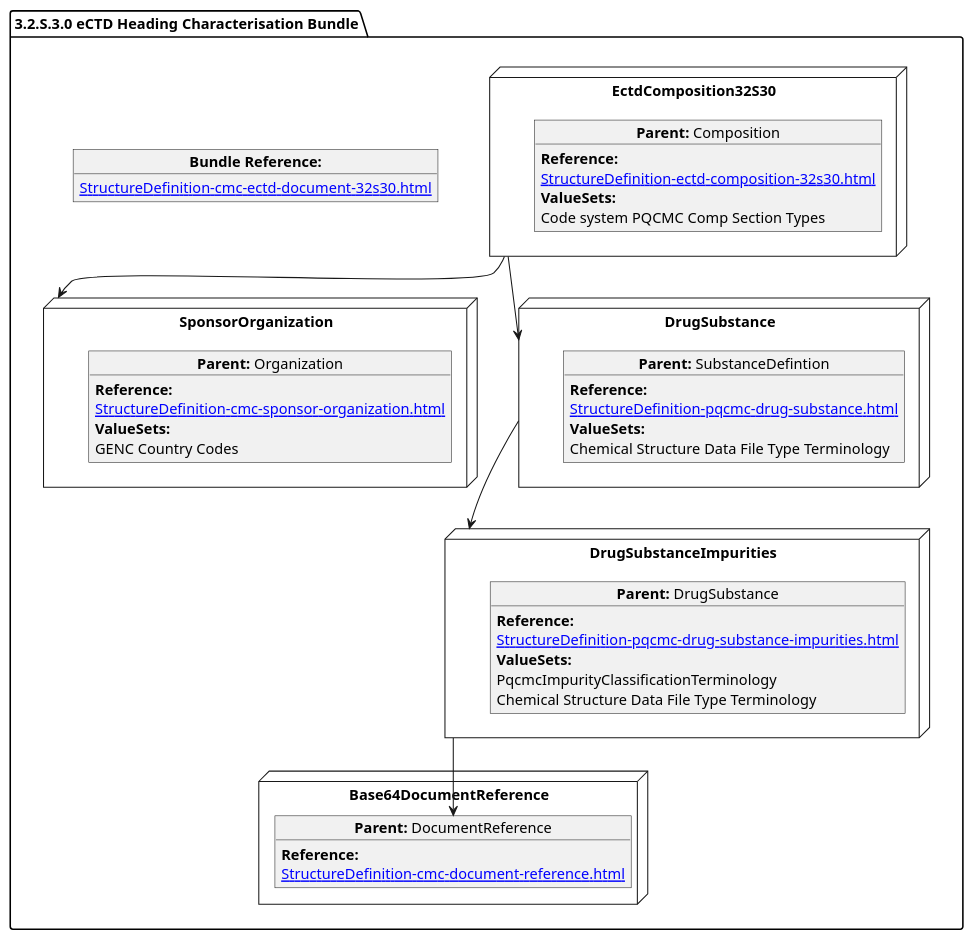
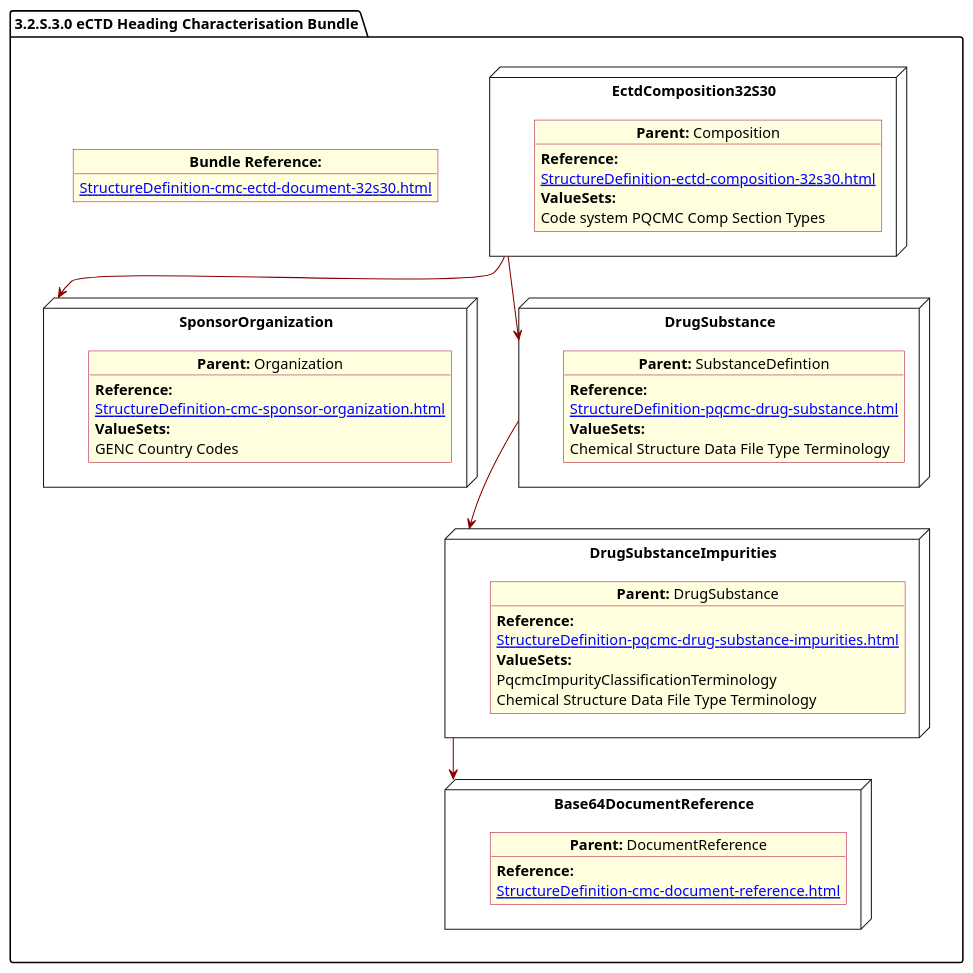
The diagram in input/images-source/SubstanceImpurity.plantuml (HL7/FHIR-us-pq-cmc-fda), drawn with PlantUML before and after one commit. The commit also changed 12 other files, not shown here.

Commit message:
plantuml style

```diff
--- a/input/images-source/SubstanceImpurity.plantuml
+++ b/input/images-source/SubstanceImpurity.plantuml
@@ -1,54 +1,61 @@
 @startuml SubstanceImpurity
 allowmixing
 'Mixed model of use case and object
+skinparam svgDimensionStyle false
+skinparam ObjectBackgroundColor LightYellow
+skinparam ObjectBorderColor #A80036
+skinparam activityDiamondBorderColor #A80036
+skinparam activityDiamondBackgroundColor lawnGreen
+skinparam ClassBorderThickness 4
+
 package "3.2.S.3.0 eCTD Heading Characterisation Bundle" as NODES {
 object "**Bundle Reference:**" as objbun {
               [[StructureDefinition-cmc-ectd-document-32s30.html]]
     }   
 node "EctdComposition32S30" as N1 { 
       object "**Parent:** Composition" as obj1 {
           **Reference:**
       [[StructureDefinition-ectd-composition-32s30.html]]
       **ValueSets:**
   Code system PQCMC Comp Section Types
     }
 }
  node "SponsorOrganization" as NSO { 
       object "**Parent:** Organization" as objAu {
     **Reference:**
       [[StructureDefinition-cmc-sponsor-organization.html]]
         **ValueSets:**
         GENC Country Codes
     }
 } 
   
   node "DrugSubstance" as NN { 
       object "**Parent:** SubstanceDefintion" as obj3 { 
   **Reference:**
       [[StructureDefinition-pqcmc-drug-substance.html]]
         **ValueSets:**
       Chemical Structure Data File Type Terminology  
       }
   }
 
 node "DrugSubstanceImpurities" as N6 { 
       object "**Parent:** DrugSubstance" as obj2 {
      **Reference:**
       [[StructureDefinition-pqcmc-drug-substance-impurities.html]]   
       **ValueSets:**
       PqcmcImpurityClassificationTerminology
       Chemical Structure Data File Type Terminology  
     }   
 }
 node "Base64DocumentReference" as NB64 { 
       object "**Parent:** DocumentReference"  as obj64 {  
        **Reference:**
       [[StructureDefinition-cmc-document-reference.html]] 
     }   
 }
-N1 --> NSO   
-NN --> N6
-N1 --> NN 
-N6 --> obj64
+N1 -[#darkred]-> NSO   
+NN -[#darkred]-> N6
+N1 -[#darkred]-> NN 
+N6 -[#darkred]-> NB64
 }
 @enduml
```
